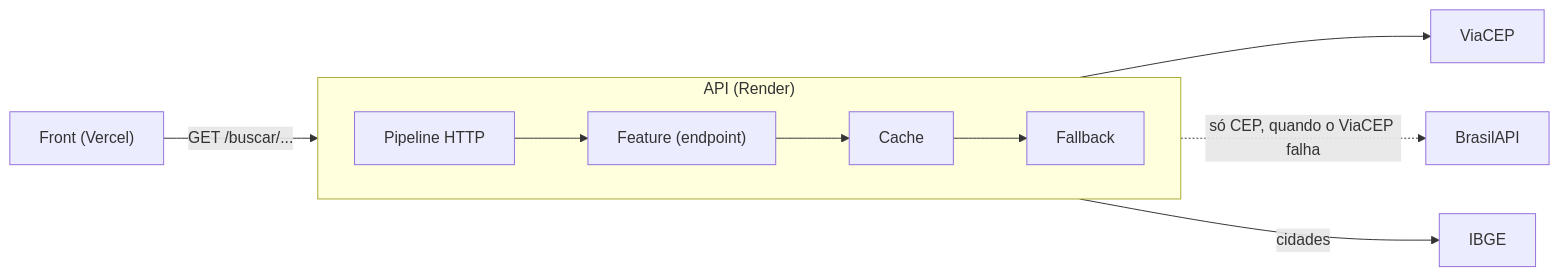
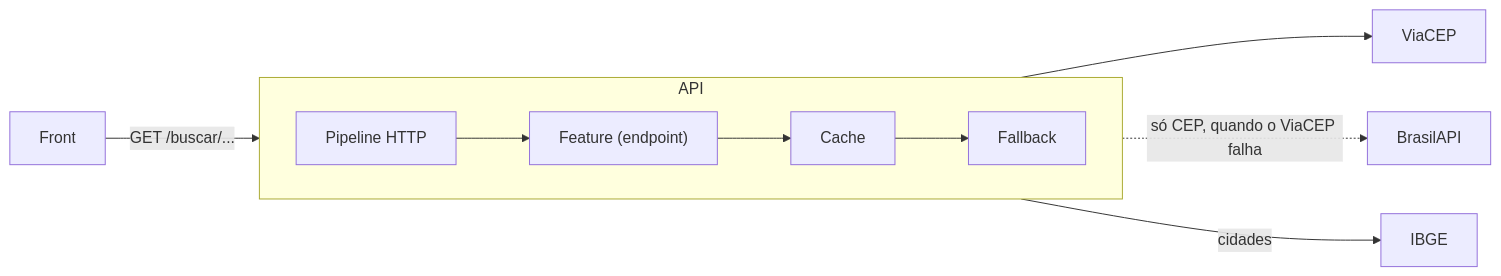
One commit to guavovic/achai-api changed the diagram in docs/arquitetura.md. Above: the diagram before and after it, drawn with Mermaid. The commit also changed other lines of this file and 4 other files, not shown here.

````diff
--- a/docs/arquitetura.md
+++ b/docs/arquitetura.md
@@ -9,13 +9,13 @@
 ```mermaid
 flowchart LR
-    Front["Front (Vercel)"] -->|GET /buscar/...| API
-    subgraph API["API (Render)"]
+    Front["Front"] -->|GET /buscar/...| API
+    subgraph API["API"]
         direction LR
         Pipeline["Pipeline HTTP"] --> Feature["Feature (endpoint)"]
         Feature --> Cache["Cache"]
         Cache --> Fallback["Fallback"]
     end
     Fallback --> ViaCEP
     Fallback -.->|só CEP, quando o ViaCEP falha| BrasilAPI
     Cache -->|cidades| IBGE
 ```
````
